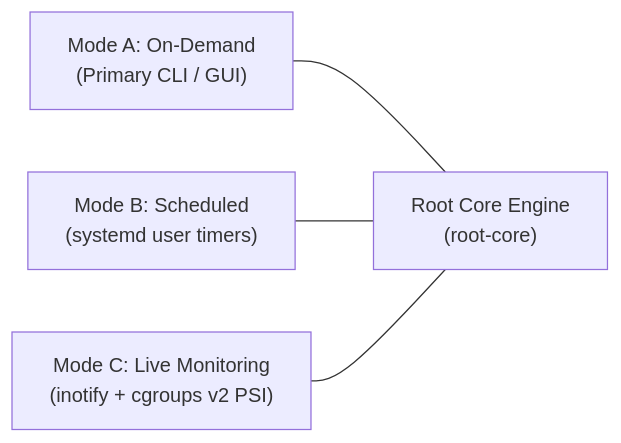
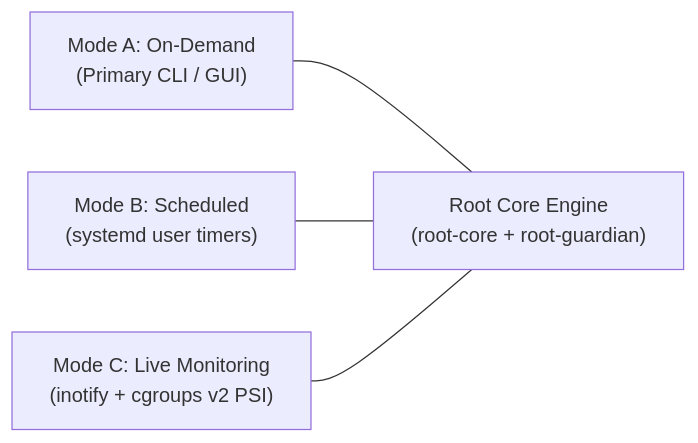
Before and after one commit to realmadede/Root: the second of 2 diagrams in README.md, drawn with Mermaid. The commit also changed other lines of this file, not shown here.

Commit message:
docs: update README to reflect Phase 09 completion and current workspace architecture

````diff
--- a/README.md
+++ b/README.md
@@ -39,6 +84,6 @@
 ```mermaid
 graph LR
-    ModeA["Mode A: On-Demand<br>(Primary CLI / GUI)"] --- CoreEngine["Root Core Engine<br>(root-core)"]
+    ModeA["Mode A: On-Demand<br>(Primary CLI / GUI)"] --- CoreEngine["Root Core Engine<br>(root-core + root-guardian)"]
     ModeB["Mode B: Scheduled<br>(systemd user timers)"] --- CoreEngine
     ModeC["Mode C: Live Monitoring<br>(inotify + cgroups v2 PSI)"] --- CoreEngine
 ```
````
